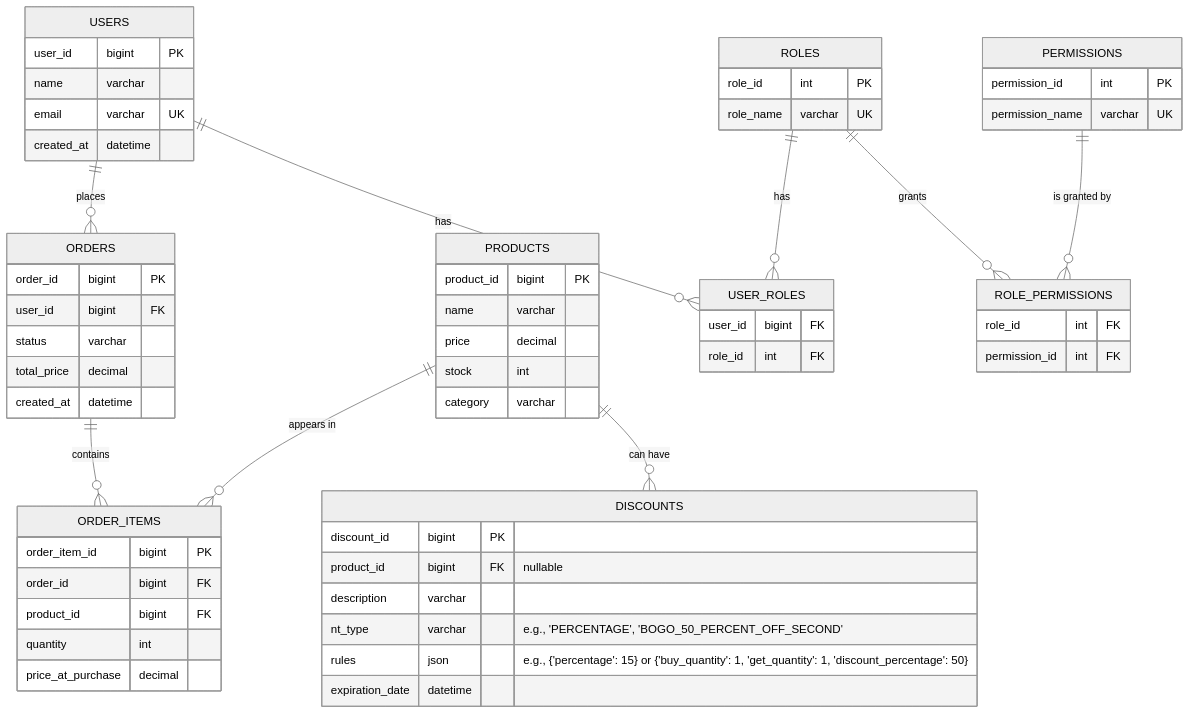
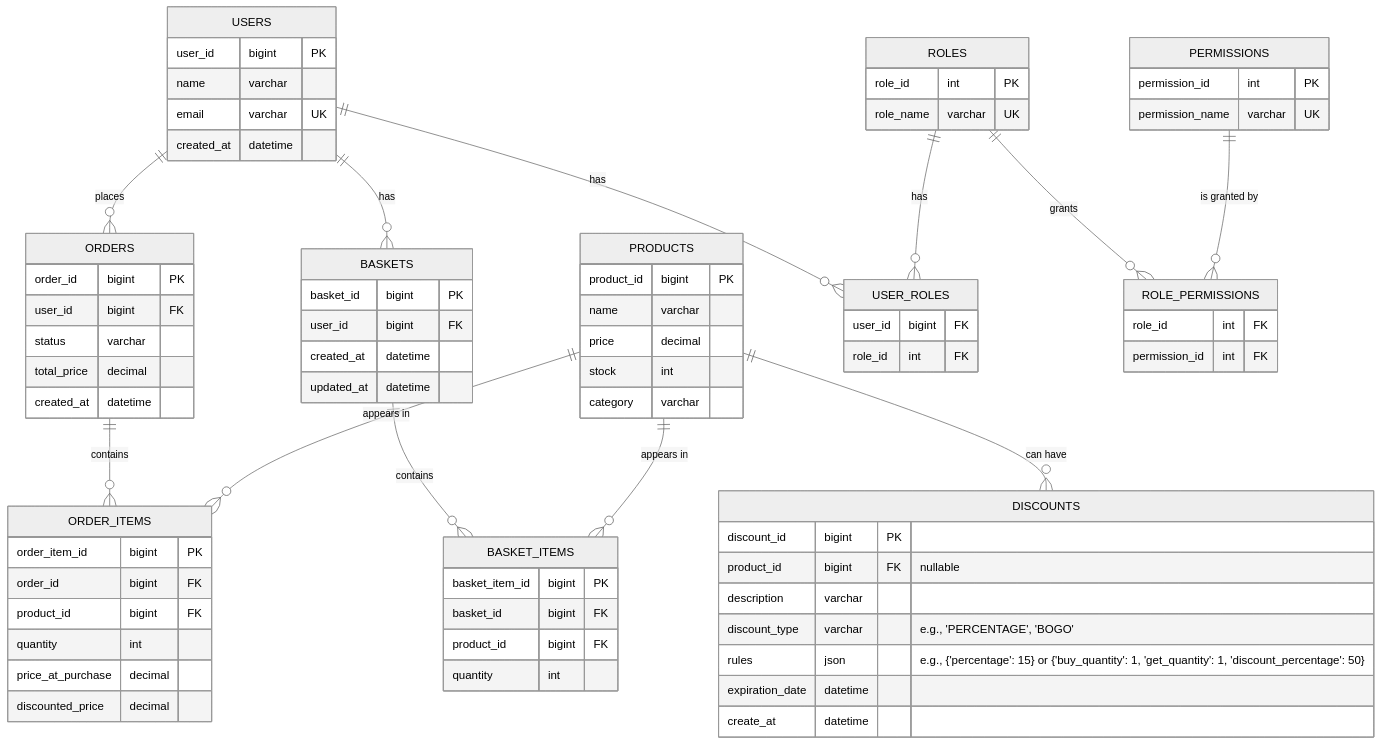
Before and after one commit to ngaikkeung/electronic-store-checkout-backend: the diagram in degisn/diagram/er_diagram.mmd, drawn with Mermaid (neutral theme). The commit also changed 43 other files, not shown here.

Commit message:
Refactor discount strategy Add unit test Update diagram, README.md document

```diff
--- a/degisn/diagram/er_diagram.mmd
+++ b/degisn/diagram/er_diagram.mmd
@@ -1,71 +1,90 @@
 erDiagram
     USERS {
         user_id bigint PK
         name varchar
         email varchar UK
         created_at datetime
     }
 
     ROLES {
         role_id int PK
         role_name varchar UK
     }
 
     PERMISSIONS {
         permission_id int PK
         permission_name varchar UK
     }
 
     PRODUCTS {
         product_id bigint PK
         name varchar
         price decimal
         stock int
         category varchar
     }
 
     DISCOUNTS {
         discount_id bigint PK
         product_id bigint FK "nullable"
         description varchar
-        nt_type varchar "e.g., 'PERCENTAGE', 'BOGO_50_PERCENT_OFF_SECOND'"
+        discount_type varchar "e.g., 'PERCENTAGE', 'BOGO'"
         rules json "e.g., {'percentage': 15} or {'buy_quantity': 1, 'get_quantity': 1, 'discount_percentage': 50}"
         expiration_date datetime
+        create_at datetime
     }
 
     ORDERS {
         order_id bigint PK
         user_id bigint FK
         status varchar
         total_price decimal
         created_at datetime
     }
 
     ORDER_ITEMS {
         order_item_id bigint PK
         order_id bigint FK
         product_id bigint FK
         quantity int
         price_at_purchase decimal
+        discounted_price decimal
+    }
+
+    BASKETS {
+        basket_id bigint PK
+        user_id bigint FK
+        created_at datetime
+        updated_at datetime
+    }
+
+    BASKET_ITEMS {
+        basket_item_id bigint PK
+        basket_id bigint FK
+        product_id bigint FK
+        quantity int
     }
 
     %% --- Join Tables for Many-to-Many Relationships ---
     USER_ROLES {
         user_id bigint FK
         role_id int FK
     }
 
     ROLE_PERMISSIONS {
         role_id int FK
         permission_id int FK
     }
 
     %% --- Relationships ---
     USERS ||--o{ USER_ROLES : "has"
     ROLES ||--o{ USER_ROLES : "has"
     ROLES ||--o{ ROLE_PERMISSIONS : "grants"
     PERMISSIONS ||--o{ ROLE_PERMISSIONS : "is granted by"
     USERS ||--o{ ORDERS : "places"
     ORDERS ||--o{ ORDER_ITEMS : "contains"
     PRODUCTS ||--o{ ORDER_ITEMS : "appears in"
+    USERS ||--o{ BASKETS : "has"
+    BASKETS ||--o{ BASKET_ITEMS : "contains"
+    PRODUCTS ||--o{ BASKET_ITEMS : "appears in"
     PRODUCTS ||--o{ DISCOUNTS : "can have"
```
